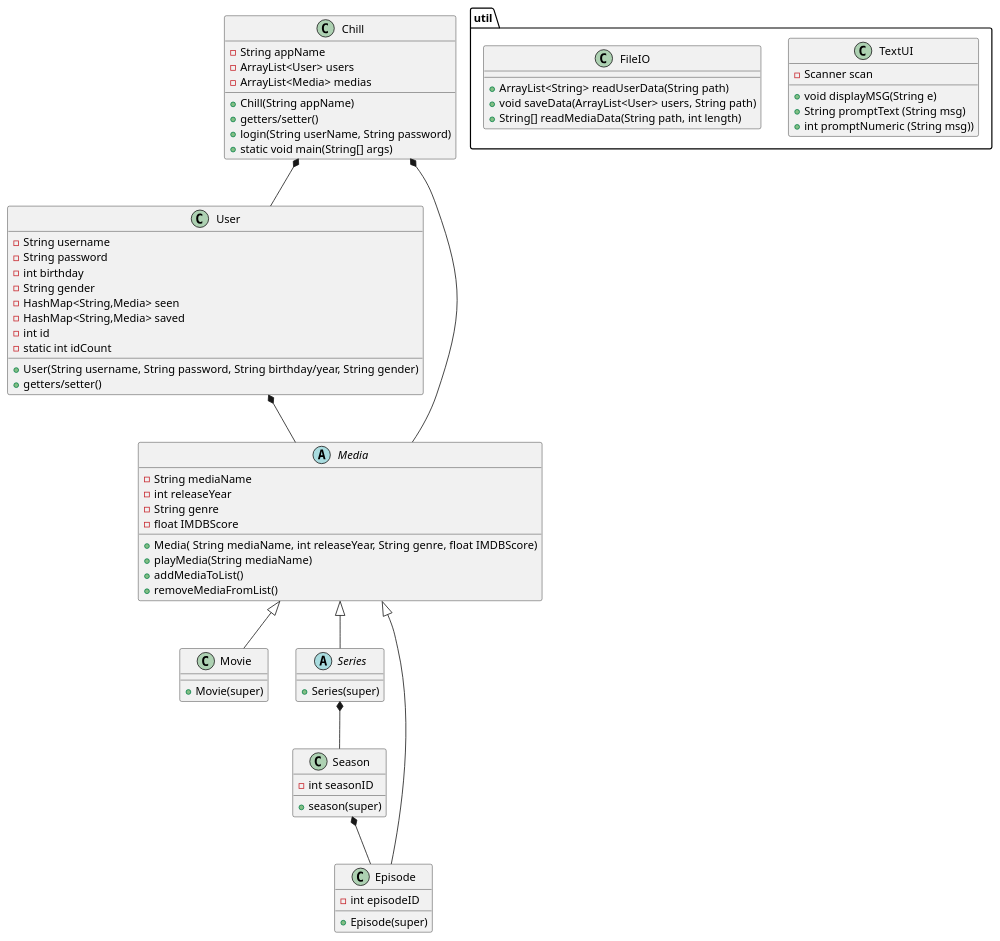
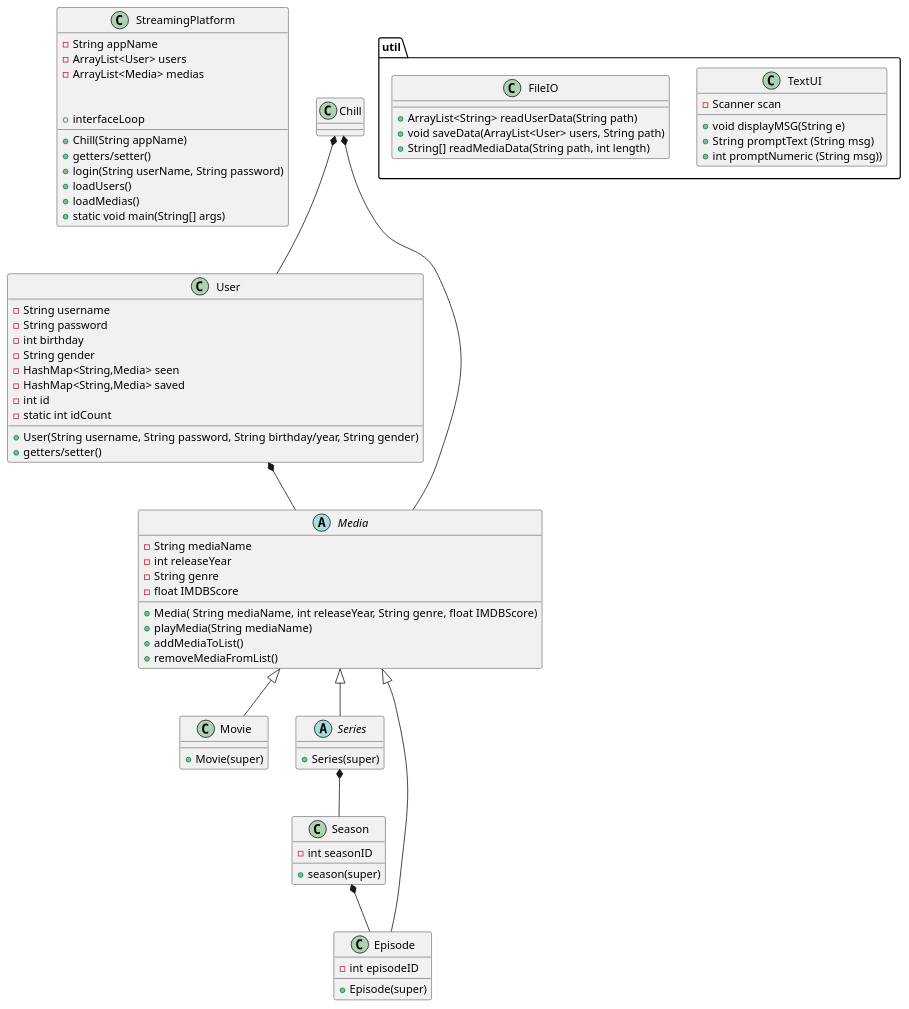
The diagram in doc/classdiagram.puml (niki03125/SP3), drawn with PlantUML before and after one commit.

Commit message:
Update to classdiagram

```diff
--- a/doc/classdiagram.puml
+++ b/doc/classdiagram.puml
@@ -1,89 +1,92 @@
 @startuml
 
-class Chill{
+class StreamingPlatform{
 - String appName
 - ArrayList<User> users
 - ArrayList<Media> medias
 + Chill(String appName)
 
 
 + getters/setter()
 + login(String userName, String password)
++ loadUsers()
++ loadMedias()
++ interfaceLoop
 + static void main(String[] args)
 }
 
 class User{
 - String username
 - String password
 - int birthday
 - String gender
 - HashMap<String,Media> seen
 - HashMap<String,Media> saved
 - int id
 - static int idCount
 
 + User(String username, String password, String birthday/year, String gender)
 + getters/setter()
 
 }
 
 package "util"{
 
 class TextUI{
 - Scanner scan
 
 + void displayMSG(String e)
 + String promptText (String msg)
 + int promptNumeric (String msg))
 }
 
 class FileIO{
 + ArrayList<String> readUserData(String path)
 + void saveData(ArrayList<User> users, String path)
 + String[] readMediaData(String path, int length)
 }
 
 }
 
 abstract class Media{
 - String mediaName
 - int releaseYear
 - String genre
 - float IMDBScore
 
 + Media( String mediaName, int releaseYear, String genre, float IMDBScore)
 + playMedia(String mediaName)
 + addMediaToList()
 + removeMediaFromList()
 }
 
 class Movie extends Media{
 + Movie(super)
 }
 
 abstract class Series extends Media{
 + Series(super)
 }
 
 class Season{
 - int seasonID
 + season(super)
 }
 
 class Episode extends Media{
 -int episodeID
 + Episode(super)
 }
 
 Chill *-- Media
 
 User *-- Media
 
 Chill *-- User
 
 Series *-- Season
 
 Season *-- Episode
 
 
 @enduml
```
